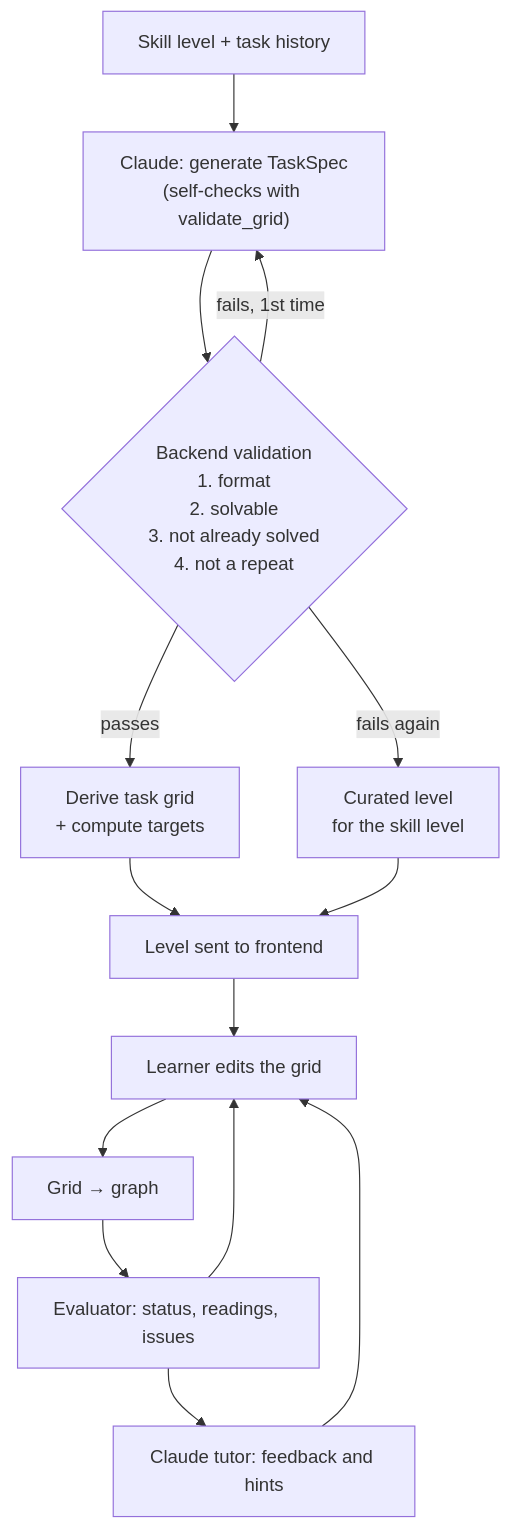
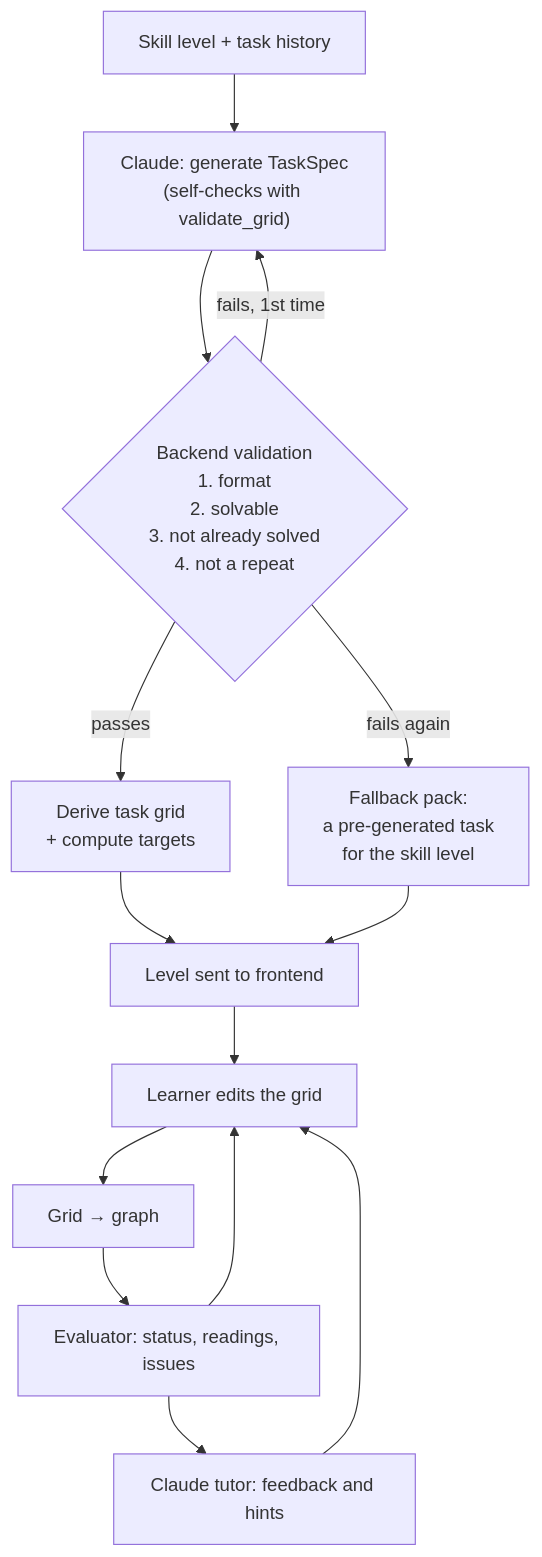
One commit to VOxFF/schematics-ai-tutor changed the first of 2 diagrams in docs/schematics.md. Above: the diagram before and after it, drawn with Mermaid. The commit also changed other lines of this file and 18 other files, not shown here.

Commit message:
Reliability: fallback pack, Claude down, the tutor without Claude; the pack's generator and skill level 1

````diff
--- a/docs/schematics.md
+++ b/docs/schematics.md
@@ -179,16 +179,16 @@
 ```mermaid
 flowchart TD
     P["Skill level + task history"] --> G["Claude: generate TaskSpec<br/>(self-checks with validate_grid)"]
     G --> V{"Backend validation<br/>1. format<br/>2. solvable<br/>3. not already solved<br/>4. not a repeat"}
     V -- "fails, 1st time" --> G
-    V -- "fails again" --> F["Curated level<br/>for the skill level"]
+    V -- "fails again" --> F["Fallback pack:<br/>a pre-generated task<br/>for the skill level"]
     V -- passes --> D["Derive task grid<br/>+ compute targets"]
     D --> L[Level sent to frontend]
     F --> L
     L --> U["Learner edits the grid"]
     U --> GG["Grid → graph"]
     GG --> EV["Evaluator: status, readings, issues"]
     EV --> U
     EV --> T["Claude tutor: feedback and hints"]
     T --> U
 ```
````
